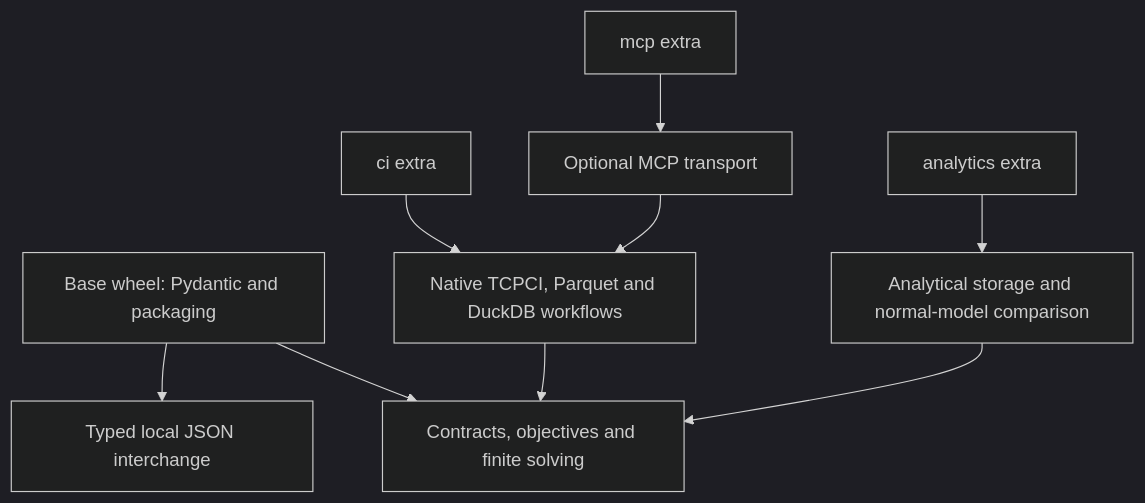
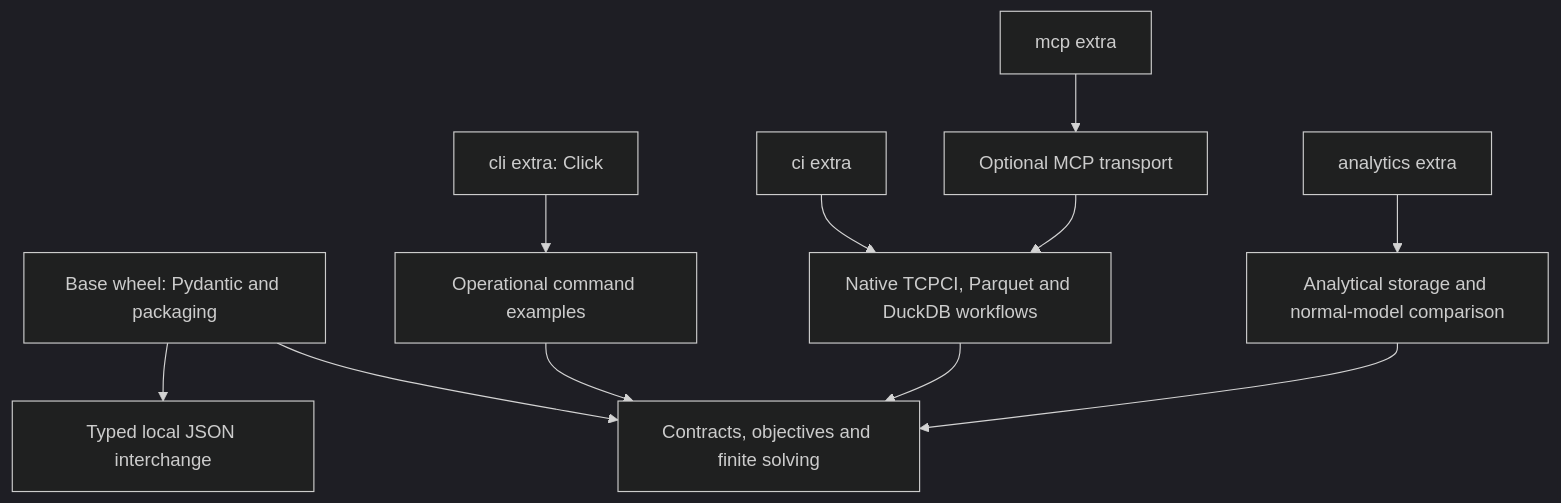
Before and after one commit to jacksonpradolima/coleman: the diagram in docs/core-installation.md, drawn with Mermaid (dark theme). The commit also changed other lines of this file and 22 other files, not shown here.

````diff
--- a/docs/core-installation.md
+++ b/docs/core-installation.md
@@ -42,11 +48,13 @@
 ```mermaid
 flowchart TD
     Base[Base wheel: Pydantic and packaging] --> Math[Contracts, objectives and finite solving]
     Base --> Exchange[Typed local JSON interchange]
     CI[ci extra] --> Native[Native TCPCI, Parquet and DuckDB workflows]
     Analytics[analytics extra] --> Inference[Analytical storage and normal-model comparison]
     MCP[mcp extra] --> Transport[Optional MCP transport]
+    CLI[cli extra: Click] --> Commands[Operational command examples]
+    Commands --> Math
     Native --> Math
     Inference --> Math
     Transport --> Native
 ```
````
